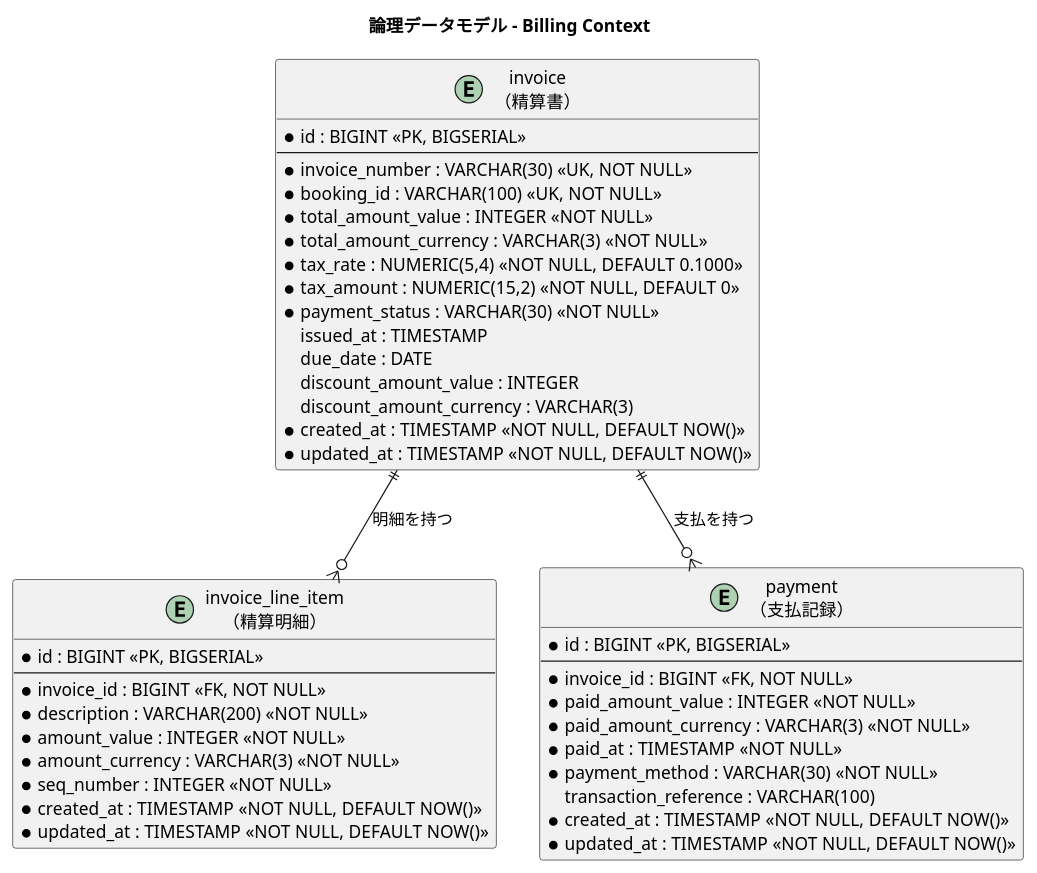
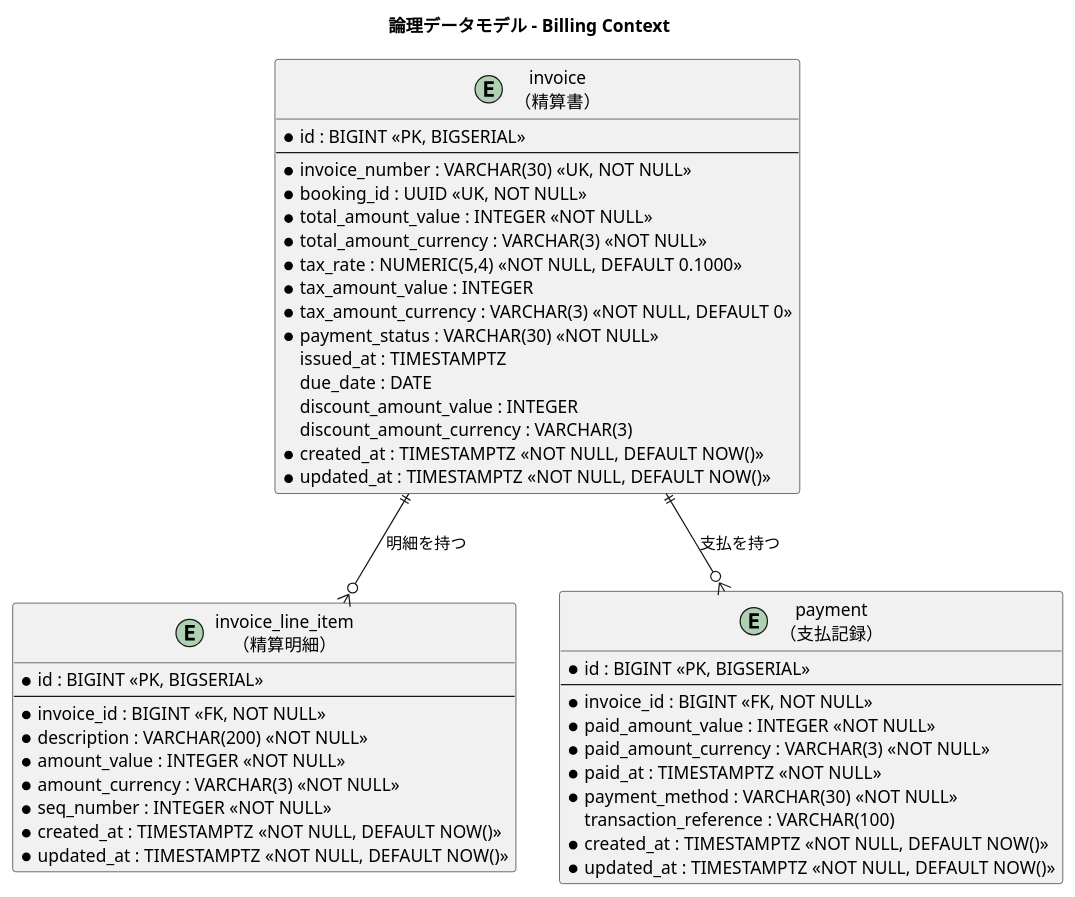
The seventh of 9 diagrams in docs/design/data-model.md (k2works/case-study-cargo-tracker), drawn with PlantUML before and after one commit. The commit also changed other lines of this file and 6 other files, not shown here.

````diff
--- a/docs/design/data-model.md
+++ b/docs/design/data-model.md
@@ -503,52 +505,53 @@
 ```plantuml
 @startuml
 title 論理データモデル - Billing Context
 
 entity "invoice\n（精算書）" as invoice {
   * id : BIGINT <<PK, BIGSERIAL>>
   --
   * invoice_number : VARCHAR(30) <<UK, NOT NULL>>
-  * booking_id : VARCHAR(100) <<UK, NOT NULL>>
+  * booking_id : UUID <<UK, NOT NULL>>
   * total_amount_value : INTEGER <<NOT NULL>>
   * total_amount_currency : VARCHAR(3) <<NOT NULL>>
   * tax_rate : NUMERIC(5,4) <<NOT NULL, DEFAULT 0.1000>>
-  * tax_amount : NUMERIC(15,2) <<NOT NULL, DEFAULT 0>>
+  * tax_amount_value : INTEGER
+    * tax_amount_currency : VARCHAR(3) <<NOT NULL, DEFAULT 0>>
   * payment_status : VARCHAR(30) <<NOT NULL>>
-  issued_at : TIMESTAMP
+  issued_at : TIMESTAMPTZ
   due_date : DATE
   discount_amount_value : INTEGER
   discount_amount_currency : VARCHAR(3)
-  * created_at : TIMESTAMP <<NOT NULL, DEFAULT NOW()>>
-  * updated_at : TIMESTAMP <<NOT NULL, DEFAULT NOW()>>
+  * created_at : TIMESTAMPTZ <<NOT NULL, DEFAULT NOW()>>
+  * updated_at : TIMESTAMPTZ <<NOT NULL, DEFAULT NOW()>>
 }
 
 entity "invoice_line_item\n（精算明細）" as invoice_line_item {
   * id : BIGINT <<PK, BIGSERIAL>>
   --
   * invoice_id : BIGINT <<FK, NOT NULL>>
   * description : VARCHAR(200) <<NOT NULL>>
   * amount_value : INTEGER <<NOT NULL>>
   * amount_currency : VARCHAR(3) <<NOT NULL>>
   * seq_number : INTEGER <<NOT NULL>>
-  * created_at : TIMESTAMP <<NOT NULL, DEFAULT NOW()>>
-  * updated_at : TIMESTAMP <<NOT NULL, DEFAULT NOW()>>
+  * created_at : TIMESTAMPTZ <<NOT NULL, DEFAULT NOW()>>
+  * updated_at : TIMESTAMPTZ <<NOT NULL, DEFAULT NOW()>>
 }
 
 entity "payment\n（支払記録）" as payment {
   * id : BIGINT <<PK, BIGSERIAL>>
   --
   * invoice_id : BIGINT <<FK, NOT NULL>>
   * paid_amount_value : INTEGER <<NOT NULL>>
   * paid_amount_currency : VARCHAR(3) <<NOT NULL>>
-  * paid_at : TIMESTAMP <<NOT NULL>>
+  * paid_at : TIMESTAMPTZ <<NOT NULL>>
   * payment_method : VARCHAR(30) <<NOT NULL>>
   transaction_reference : VARCHAR(100)
-  * created_at : TIMESTAMP <<NOT NULL, DEFAULT NOW()>>
-  * updated_at : TIMESTAMP <<NOT NULL, DEFAULT NOW()>>
+  * created_at : TIMESTAMPTZ <<NOT NULL, DEFAULT NOW()>>
+  * updated_at : TIMESTAMPTZ <<NOT NULL, DEFAULT NOW()>>
 }
 
 invoice ||--o{ invoice_line_item : "明細を持つ"
 invoice ||--o{ payment : "支払を持つ"
 
 @enduml
 ```
````
